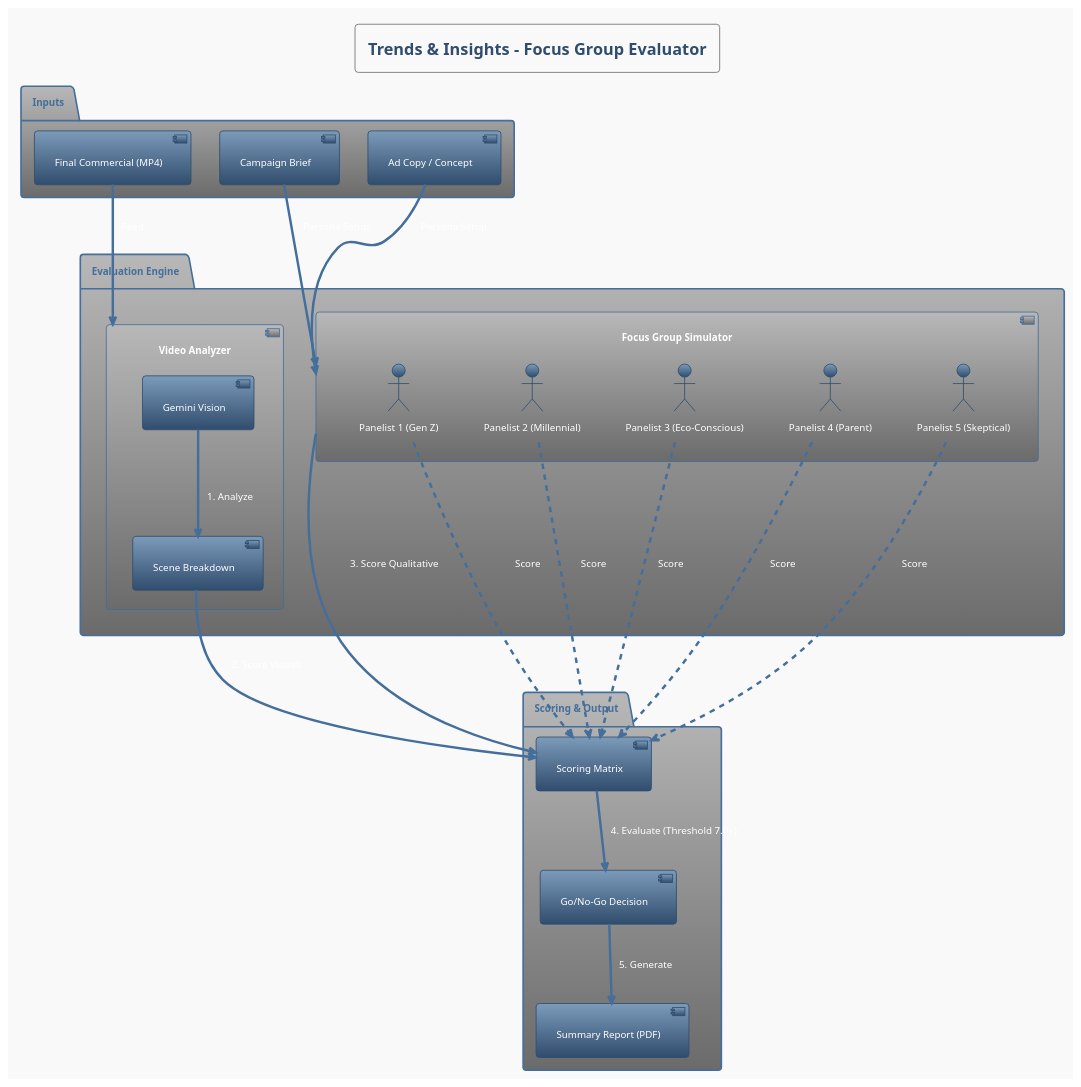
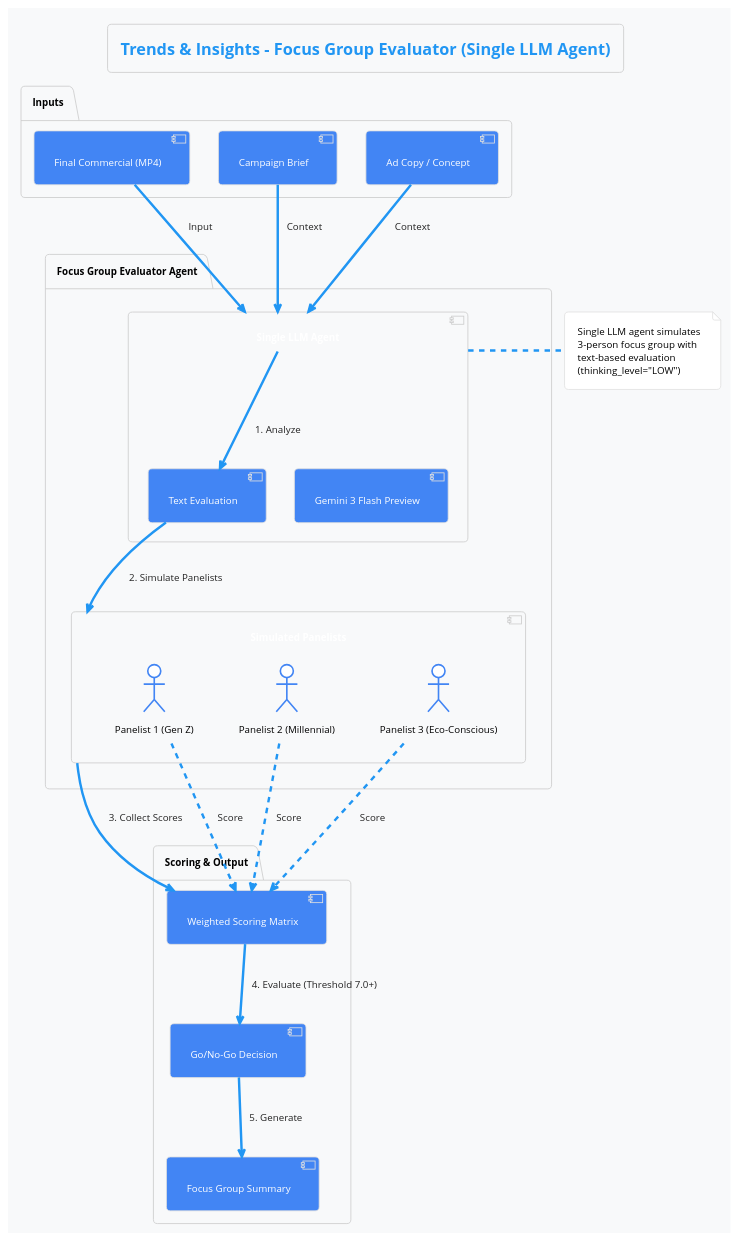
Before and after one commit to tottenjordan/zghost: the diagram in docs/focus_group_evaluator.puml, drawn with PlantUML. The commit also changed 21 other files, not shown here.

First line of the commit message:
docs: update all PlantUML diagrams for flat 2-level architecture

```diff
--- a/docs/focus_group_evaluator.puml
+++ b/docs/focus_group_evaluator.puml
@@ -1,56 +1,152 @@
 @startuml
-!theme spacelab
-skinparam Handwritten false
-skinparam Monochrome false
-skinparam BackgroundColor #f9f9f9
+
+' GCP_BRANDING_APPLIED
+!theme materia
+skinparam backgroundColor #F8F9FA
+skinparam roundCorner 10
+skinparam defaultFontName "Open Sans"
+skinparam DefaultFontSize 12
 skinparam Padding 10
 
-title Trends & Insights - Focus Group Evaluator
+skinparam database {
+    BackgroundColor #FBBC05
+    BorderColor #E0E0E0
+    FontColor #000
+    Shadowing false
+}
+skinparam component {
+    BackgroundColor #4285F4
+    BorderColor #E0E0E0
+    FontColor #FFF
+    Shadowing false
+}
+skinparam rectangle {
+    BackgroundColor #EA4335
+    BorderColor #E0E0E0
+    FontColor #FFF
+    Shadowing false
+}
+skinparam note {
+    BackgroundColor #FFFFFF
+    BorderColor #E0E0E0
+    FontColor #000000
+    Shadowing false
+    BorderThickness 1
+}
+skinparam collections {
+    BackgroundColor #34A853
+    BorderColor #E0E0E0
+    FontColor #FFF
+    Shadowing false
+}
+skinparam state {
+    BackgroundColor #4285F4
+    BorderColor #E0E0E0
+    FontColor #FFF
+    Shadowing false
+}
+skinparam activity {
+    BackgroundColor #4285F4
+    BorderColor #E0E0E0
+    FontColor #FFF
+    Shadowing false
+}
+skinparam actor {
+    BackgroundColor #FFFFFF
+    BorderColor #4285F4
+    FontColor #000
+    Shadowing false
+    BorderThickness 2
+}
+skinparam usecase {
+    BackgroundColor #FBBC05
+    BorderColor #E0E0E0
+    FontColor #000
+    Shadowing false
+}
+skinparam cloud {
+    BackgroundColor #FFFFFF
+    BorderColor #E0E0E0
+    FontColor #000
+    Shadowing false
+}
+skinparam frame {
+    BackgroundColor #FFFFFF
+    BorderColor #E0E0E0
+    FontColor #000
+    Shadowing false
+}
+skinparam package {
+    BackgroundColor #F8F9FA
+    BorderColor #CCCCCC
+    FontColor #000
+    Shadowing false
+    BorderThickness 1
+}
+skinparam node {
+    BackgroundColor #EA4335
+    BorderColor #E0E0E0
+    FontColor #FFF
+    Shadowing false
+}
+skinparam queue {
+    BackgroundColor #34A853
+    BorderColor #E0E0E0
+    FontColor #FFF
+    Shadowing false
+}
+
+
+
+title Trends & Insights - Focus Group Evaluator (Single LLM Agent)
 
 package "Inputs" {
   [Final Commercial (MP4)] as Video
   [Campaign Brief] as Brief
   [Ad Copy / Concept] as Concept
 }
 
-package "Evaluation Engine" {
-  component "Video Analyzer" as Analyzer {
-    [Gemini Vision] as Vision
-    [Scene Breakdown] as Scenes
+package "Focus Group Evaluator Agent" {
+  component "Single LLM Agent" as Agent {
+    [Gemini 3 Flash Preview] as LLM
+    [Text Evaluation] as TextEval
   }
-  
-  component "Focus Group Simulator" as Simulator {
+
+  component "Simulated Panelists" as Simulator {
     actor "Panelist 1 (Gen Z)" as P1
     actor "Panelist 2 (Millennial)" as P2
     actor "Panelist 3 (Eco-Conscious)" as P3
-    actor "Panelist 4 (Parent)" as P4
-    actor "Panelist 5 (Skeptical)" as P5
   }
 }
 
 package "Scoring & Output" {
-  [Scoring Matrix] as Matrix
+  [Weighted Scoring Matrix] as Matrix
   [Go/No-Go Decision] as Decision
-  [Summary Report (PDF)] as Report
+  [Focus Group Summary] as Report
 }
 
+note right of Agent
+  Single LLM agent simulates
+  3-person focus group with
+  text-based evaluation
+  (thinking_level="LOW")
+end note
+
 ' Relationships
-Video --> Analyzer : Feed
-Brief --> Simulator : Persona Setup
-Concept --> Simulator : Persona Setup
+Video --> Agent : Input
+Brief --> Agent : Context
+Concept --> Agent : Context
 
-Vision --> Scenes : 1. Analyze
-Scenes --> Matrix : 2. Score Visuals
+Agent --> TextEval : 1. Analyze
+TextEval --> Simulator : 2. Simulate Panelists
 
-Simulator --> Matrix : 3. Score Qualitative
+Simulator --> Matrix : 3. Collect Scores
 
 Matrix --> Decision : 4. Evaluate (Threshold 7.0+)
 Decision --> Report : 5. Generate
 
 P1 ..> Matrix : Score
 P2 ..> Matrix : Score
 P3 ..> Matrix : Score
-P4 ..> Matrix : Score
-P5 ..> Matrix : Score
 
 @endum
```
